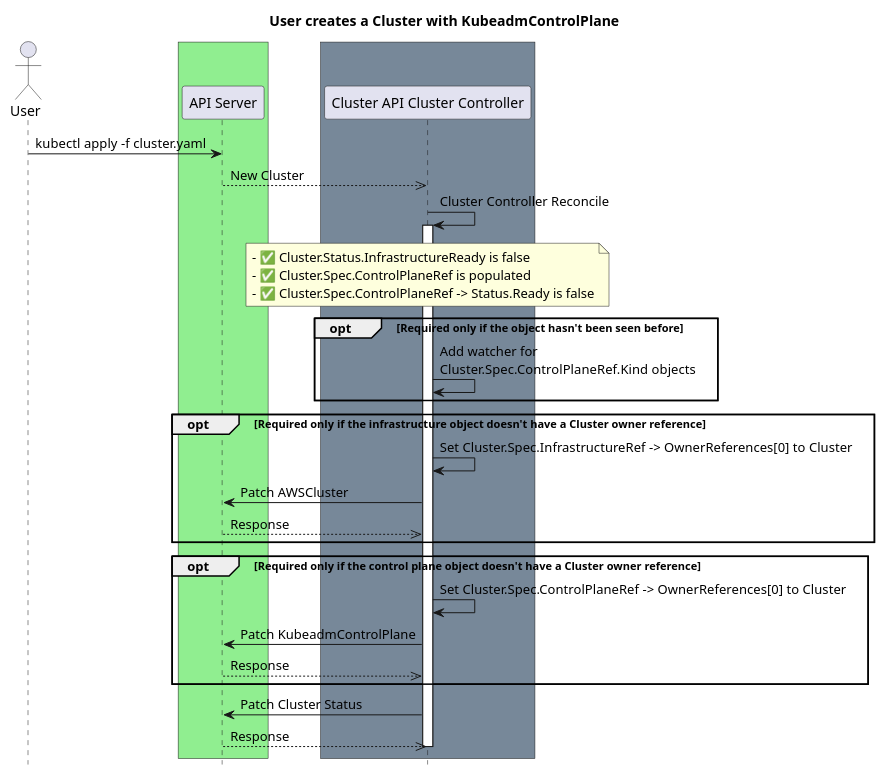
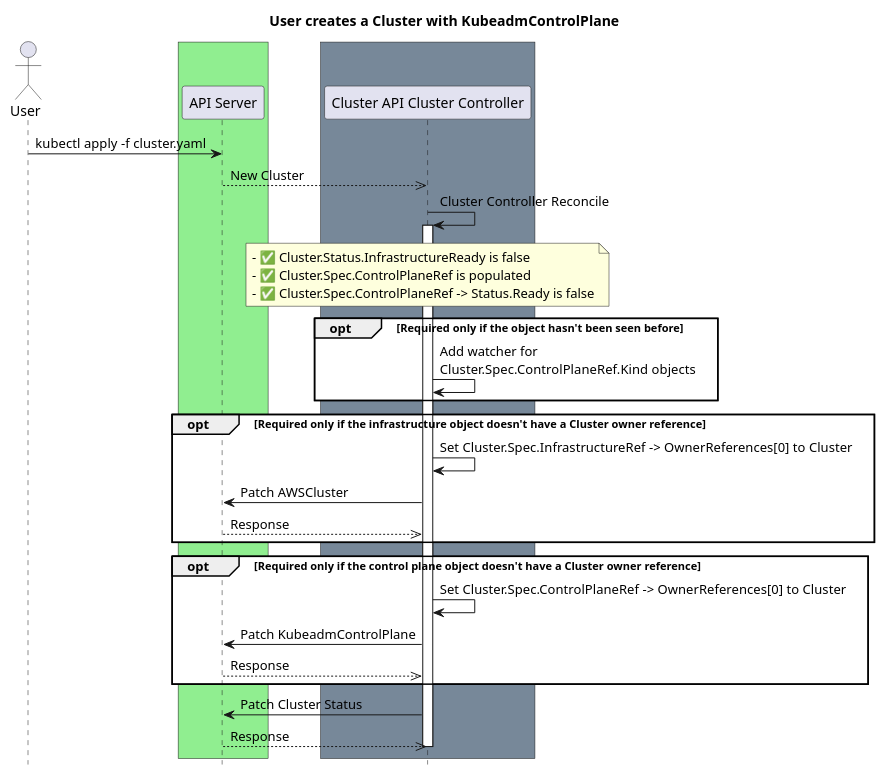
One commit to kubernetes-sigs/cluster-api changed the diagram in docs/proposals/images/controlplane/controlplane-init-1.plantuml. Above: the diagram before and after it, drawn with PlantUML. The commit also changed 42 other files, not shown here.

Commit message:
Update docs/Makefile. Fix proposal diagrams transparency issue with new PlantUML version.

```diff
--- a/docs/proposals/images/controlplane/controlplane-init-1.plantuml
+++ b/docs/proposals/images/controlplane/controlplane-init-1.plantuml
@@ -1,47 +1,47 @@
 @startuml
 title User creates a Cluster with KubeadmControlPlane
 actor User
 
 ' -- GROUPS START ---
 
 box #lightgreen
 participant "API Server"
 end box
 
 box #lightslategray
 participant "Cluster API Cluster Controller"
 end box
 
 ' -- GROUPS END ---
 
 User->"API Server":kubectl apply -f cluster.yaml
 "API Server"-->>"Cluster API Cluster Controller": New Cluster
 
 "Cluster API Cluster Controller"-> "Cluster API Cluster Controller":Cluster Controller Reconcile
 activate "Cluster API Cluster Controller"
 
 note over "Cluster API Cluster Controller": - ✅ Cluster.Status.InfrastructureReady is false\n- ✅ Cluster.Spec.ControlPlaneRef is populated\n- ✅ Cluster.Spec.ControlPlaneRef -> Status.Ready is false
 
-opt Required only if the object hasn't been seen before
+opt #white Required only if the object hasn't been seen before
 "Cluster API Cluster Controller"-> "Cluster API Cluster Controller":Add watcher for \nCluster.Spec.ControlPlaneRef.Kind objects
 end
 
-opt Required only if the infrastructure object doesn't have a Cluster owner reference
+opt #white Required only if the infrastructure object doesn't have a Cluster owner reference
 "Cluster API Cluster Controller"-> "Cluster API Cluster Controller":Set Cluster.Spec.InfrastructureRef -> OwnerReferences[0] to Cluster
 "Cluster API Cluster Controller"->"API Server": Patch AWSCluster
 "Cluster API Cluster Controller"<<--"API Server": Response
 end
 
-opt Required only if the control plane object doesn't have a Cluster owner reference
+opt #white Required only if the control plane object doesn't have a Cluster owner reference
 "Cluster API Cluster Controller"-> "Cluster API Cluster Controller":Set Cluster.Spec.ControlPlaneRef -> OwnerReferences[0] to Cluster
 "Cluster API Cluster Controller"->"API Server": Patch KubeadmControlPlane
 "Cluster API Cluster Controller"<<--"API Server": Response
 end
 
 "Cluster API Cluster Controller"->"API Server": Patch Cluster Status
 "Cluster API Cluster Controller"<<--"API Server": Response
 
 deactivate "Cluster API Cluster Controller"
 
 hide footbox
 @enduml
```
